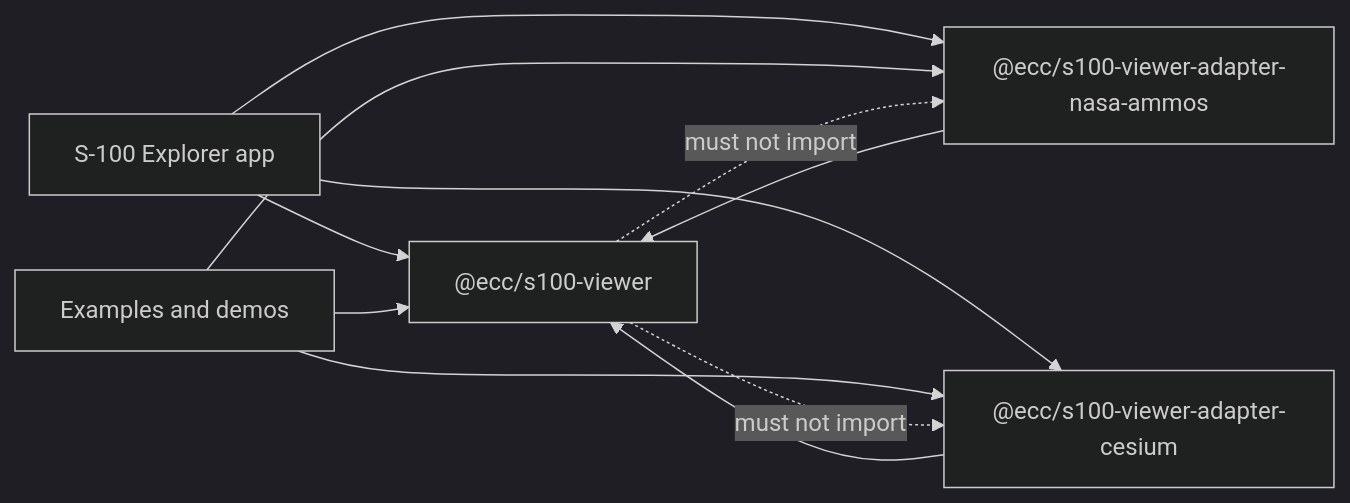
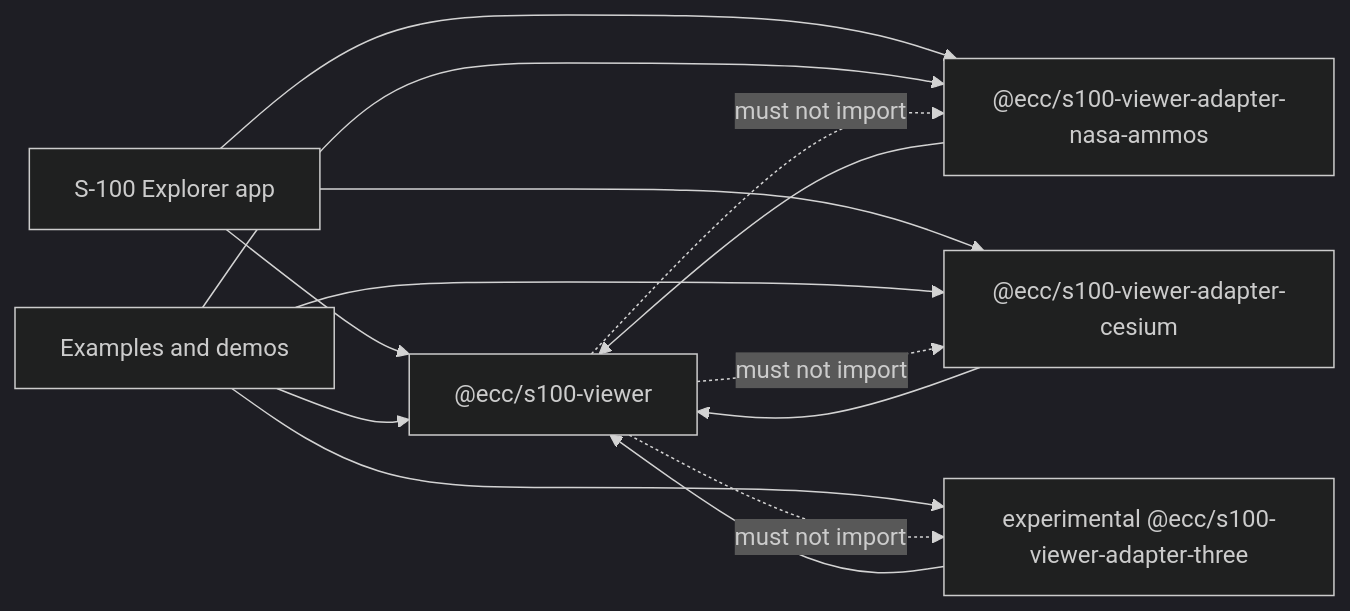
Before and after one commit to ElectronicChartCentre/ecc-s100-lib: the first of 4 diagrams in docs/architecture/maintainability-refactor.md, drawn with Mermaid (dark theme). The commit also changed other lines of this file and 52 other files, not shown here.

Commit message:
Add Three reference adapter and shared S-100 shaders

````diff
--- a/docs/architecture/maintainability-refactor.md
+++ b/docs/architecture/maintainability-refactor.md
@@ -51,16 +57,19 @@
 ```mermaid
 flowchart LR
   App["S-100 Explorer app"] --> Core["@ecc/s100-viewer"]
   App --> Nasa["@ecc/s100-viewer-adapter-nasa-ammos"]
   App --> Cesium["@ecc/s100-viewer-adapter-cesium"]
 
   Examples["Examples and demos"] --> Core
   Examples --> Nasa
   Examples --> Cesium
+  Examples --> Three["experimental @ecc/s100-viewer-adapter-three"]
 
   Nasa --> Core
   Cesium --> Core
+  Three --> Core
 
   Core -. "must not import" .-> Nasa
   Core -. "must not import" .-> Cesium
+  Core -. "must not import" .-> Three
 ```
````
